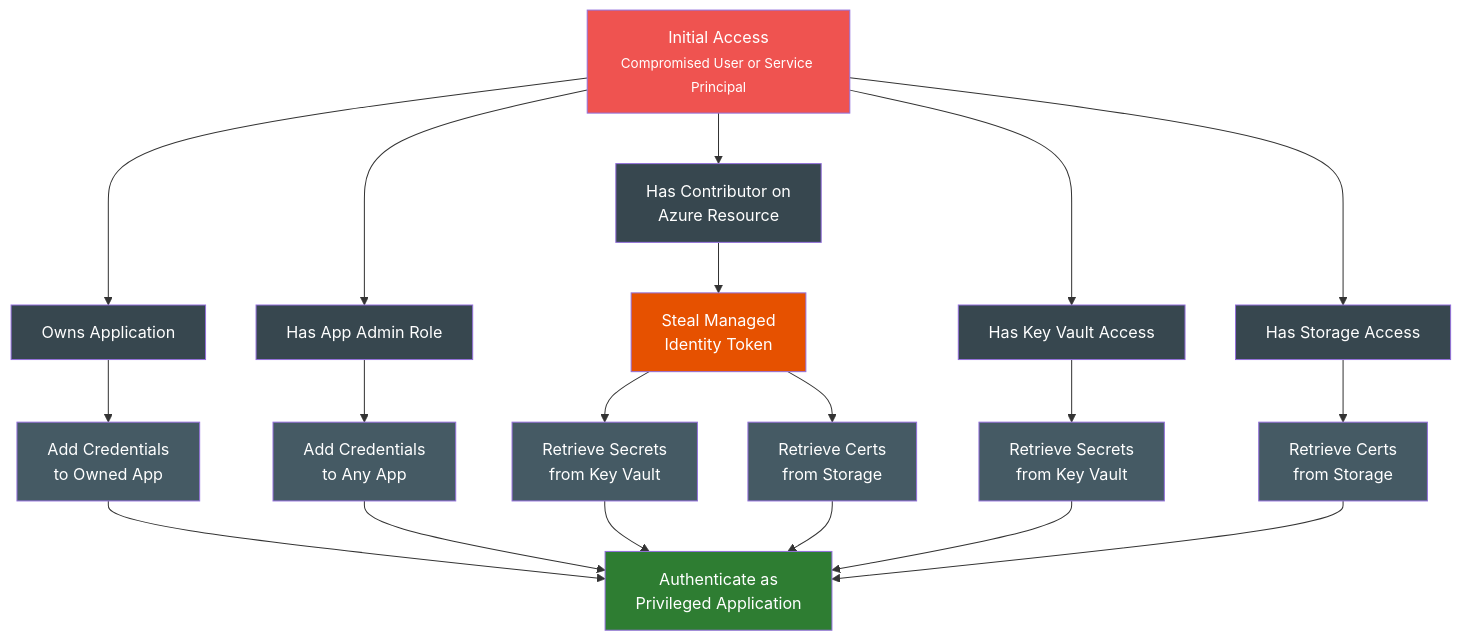
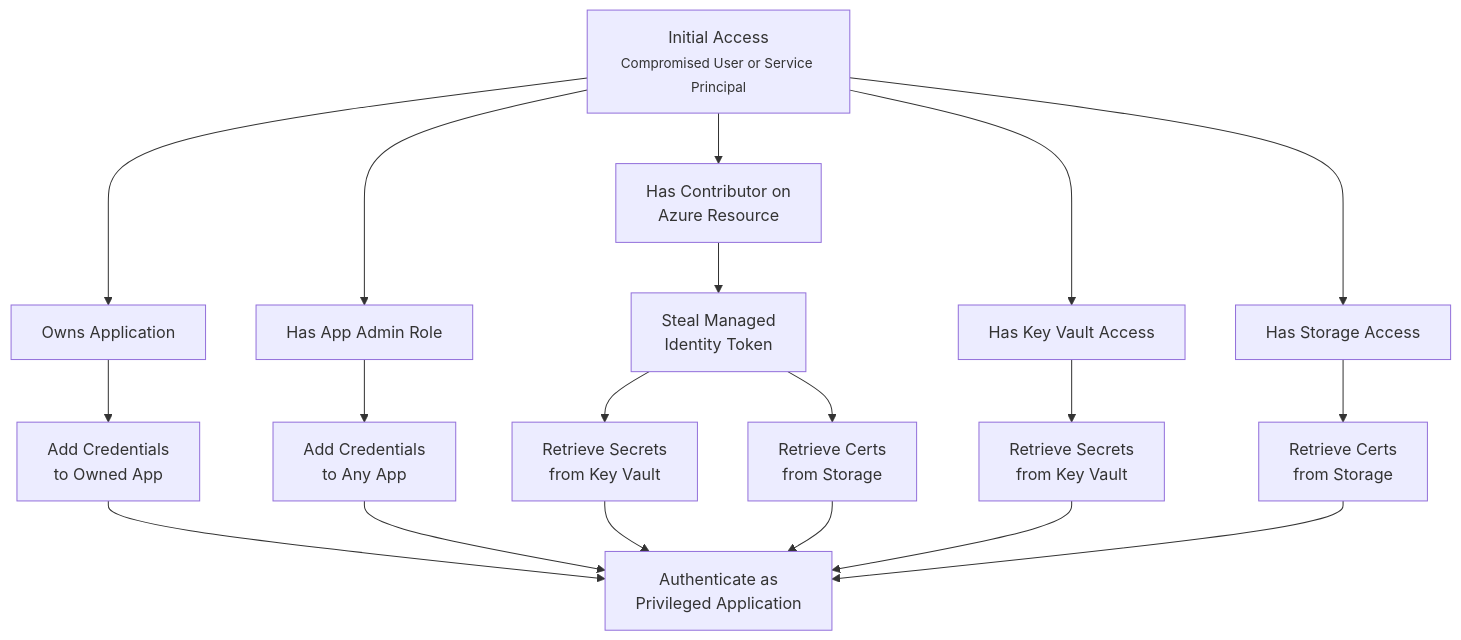
One commit to mvelazc0/BadZure changed the diagram in docs/attack-paths/index.md. Above: the diagram before and after it, drawn with Mermaid. The commit also changed 4 other files, not shown here.

````diff
--- a/docs/attack-paths/index.md
+++ b/docs/attack-paths/index.md
@@ -14,40 +14,27 @@
 ``` mermaid
 graph TD
     IA["Initial Access<br/><small>Compromised User or Service Principal</small>"]
 
     IA --> OWN["Owns Application"]
     IA --> ADMIN["Has App Admin Role"]
     IA --> CONTRIB["Has Contributor on<br/>Azure Resource"]
     IA --> KV["Has Key Vault Access"]
     IA --> SA["Has Storage Access"]
 
     OWN --> CRED1["Add Credentials<br/>to Owned App"]
     ADMIN --> CRED2["Add Credentials<br/>to Any App"]
     CONTRIB --> MI["Steal Managed<br/>Identity Token"]
     MI --> RETRIEVE1["Retrieve Secrets<br/>from Key Vault"]
     MI --> RETRIEVE2["Retrieve Certs<br/>from Storage"]
     KV --> RETRIEVE3["Retrieve Secrets<br/>from Key Vault"]
     SA --> RETRIEVE4["Retrieve Certs<br/>from Storage"]
 
     CRED1 --> PRIV["Authenticate as<br/>Privileged Application"]
     CRED2 --> PRIV
     RETRIEVE1 --> PRIV
     RETRIEVE2 --> PRIV
     RETRIEVE3 --> PRIV
     RETRIEVE4 --> PRIV
 
-    style IA fill:#ef5350,color:#fff
-    style PRIV fill:#2e7d32,color:#fff
-    style OWN fill:#37474f,color:#fff
-    style ADMIN fill:#37474f,color:#fff
-    style CONTRIB fill:#37474f,color:#fff
-    style KV fill:#37474f,color:#fff
-    style SA fill:#37474f,color:#fff
-    style MI fill:#e65100,color:#fff
-    style CRED1 fill:#455a64,color:#fff
-    style CRED2 fill:#455a64,color:#fff
-    style RETRIEVE1 fill:#455a64,color:#fff
-    style RETRIEVE2 fill:#455a64,color:#fff
-    style RETRIEVE3 fill:#455a64,color:#fff
-    style RETRIEVE4 fill:#455a64,color:#fff
+
 ```
````
